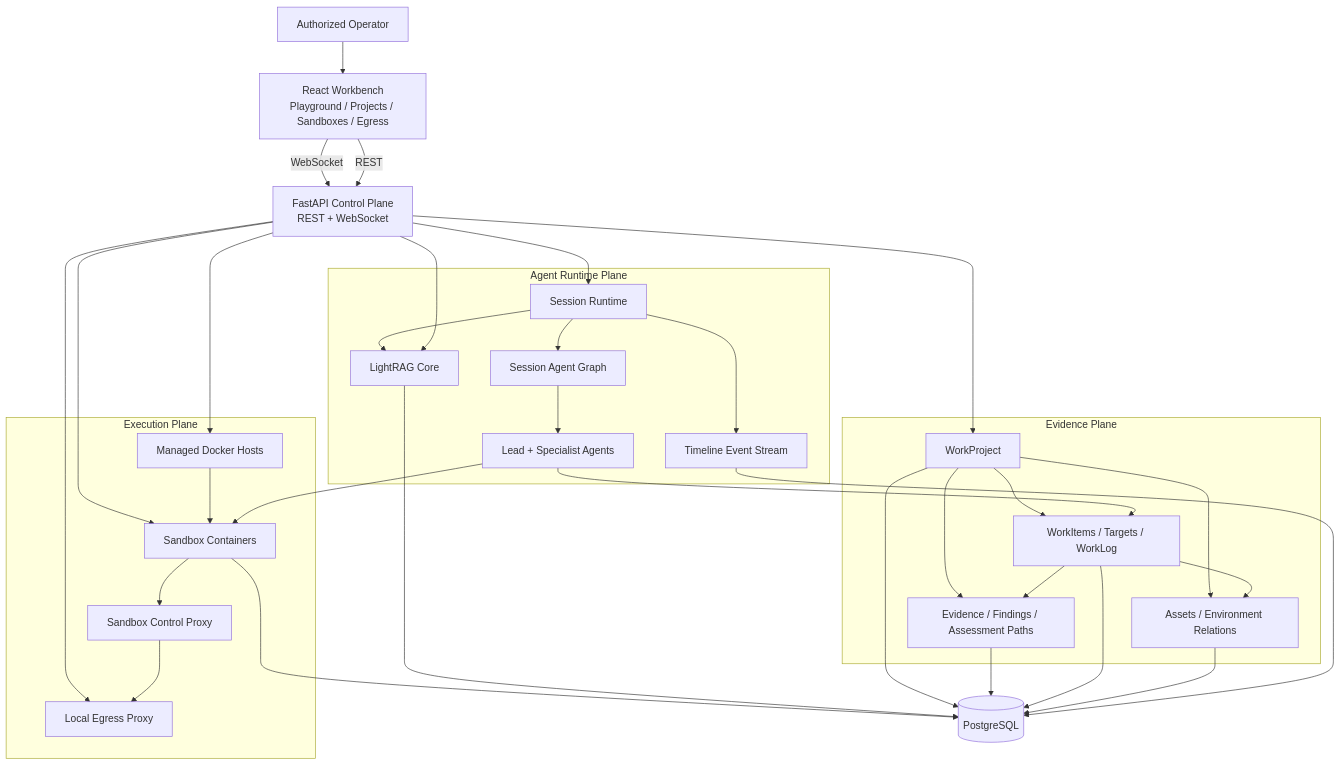
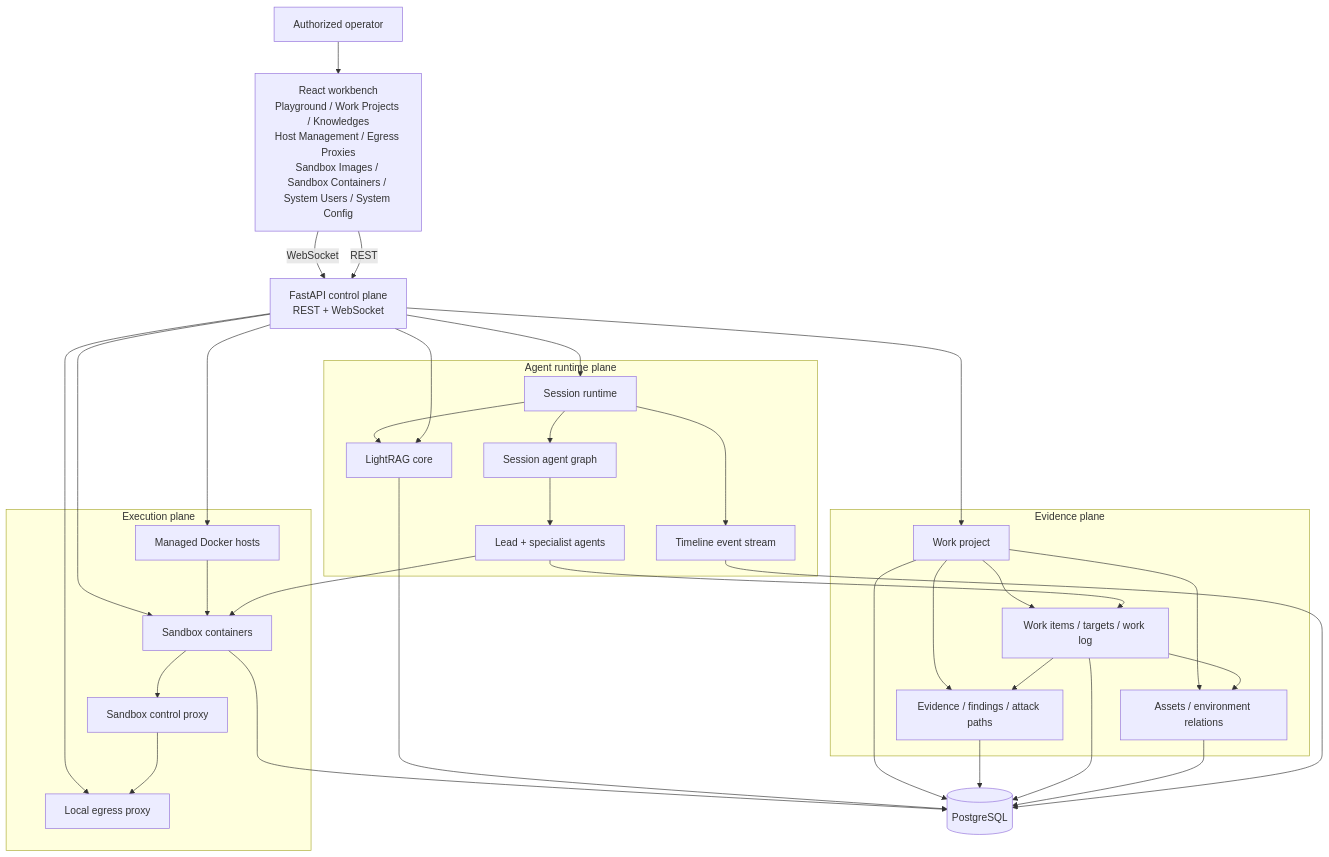
One commit to 1sLand99/Z3r0 changed the first of 4 diagrams in README.md. Above: the diagram before and after it, drawn with Mermaid. The commit also changed other lines of this file and 32 other files, not shown here.

````diff
--- a/README.md
+++ b/README.md
@@ -36,57 +37,57 @@
 ```mermaid
 flowchart TB
-  Operator["Authorized Operator"]
-  Workbench["React Workbench<br/>Playground / Projects / Sandboxes / Egress"]
-  API["FastAPI Control Plane<br/>REST + WebSocket"]
+  Operator["Authorized operator"]
+  Workbench["React workbench<br/>Playground / Work Projects / Knowledges<br/>Host Management / Egress Proxies<br/>Sandbox Images / Sandbox Containers / System Users / System Config"]
+  API["FastAPI control plane<br/>REST + WebSocket"]
 
-  subgraph Runtime["Agent Runtime Plane"]
-    Session["Session Runtime"]
-    Graph["Session Agent Graph"]
-    Team["Lead + Specialist Agents"]
-    RAG["LightRAG Core"]
-    Timeline["Timeline Event Stream"]
+  subgraph Runtime["Agent runtime plane"]
+    Session["Session runtime"]
+    Graph["Session agent graph"]
+    Team["Lead + specialist agents"]
+    RAG["LightRAG core"]
+    Timeline["Timeline event stream"]
   end
 
-  subgraph Evidence["Evidence Plane"]
-    Project["WorkProject"]
-    GraphData["Assets / Environment Relations"]
-    Workflow["WorkItems / Targets / WorkLog"]
-    Conclusions["Evidence / Findings / Assessment Paths"]
+  subgraph Evidence["Evidence plane"]
+    Project["Work project"]
+    GraphData["Assets / environment relations"]
+    Workflow["Work items / targets / work log"]
+    Conclusions["Evidence / findings / attack paths"]
   end
 
-  subgraph Execution["Execution Plane"]
-    Hosts["Managed Docker Hosts"]
-    Containers["Sandbox Containers"]
-    ControlProxy["Sandbox Control Proxy"]
-    Egress["Local Egress Proxy"]
+  subgraph Execution["Execution plane"]
+    Hosts["Managed Docker hosts"]
+    Containers["Sandbox containers"]
+    ControlProxy["Sandbox control proxy"]
+    Egress["Local egress proxy"]
   end
 
   Store[("PostgreSQL")]
 
   Operator --> Workbench
   Workbench -->|REST| API
   Workbench -->|WebSocket| API
   API --> Session --> Graph --> Team
   API --> RAG
   Session --> RAG
   Team --> Workflow
   Workflow --> GraphData
   Workflow --> Conclusions
   Team --> Containers
   Session --> Timeline
   Project --> GraphData
   Project --> Workflow
   Project --> Conclusions
   Hosts --> Containers --> ControlProxy --> Egress
   API --> Project
   API --> Hosts
   API --> Containers
   API --> Egress
   Timeline --> Store
   GraphData --> Store
   Workflow --> Store
   Conclusions --> Store
   Project --> Store
   Containers --> Store
   RAG --> Store
 ```
````
